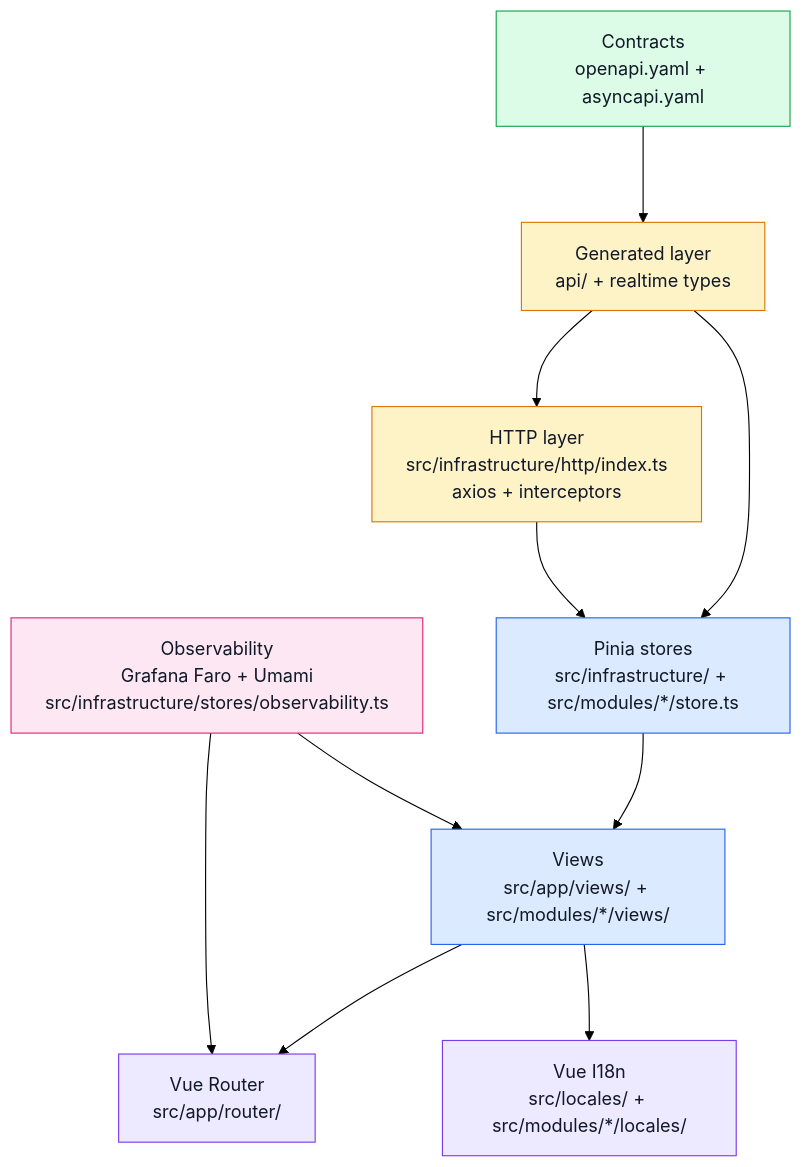
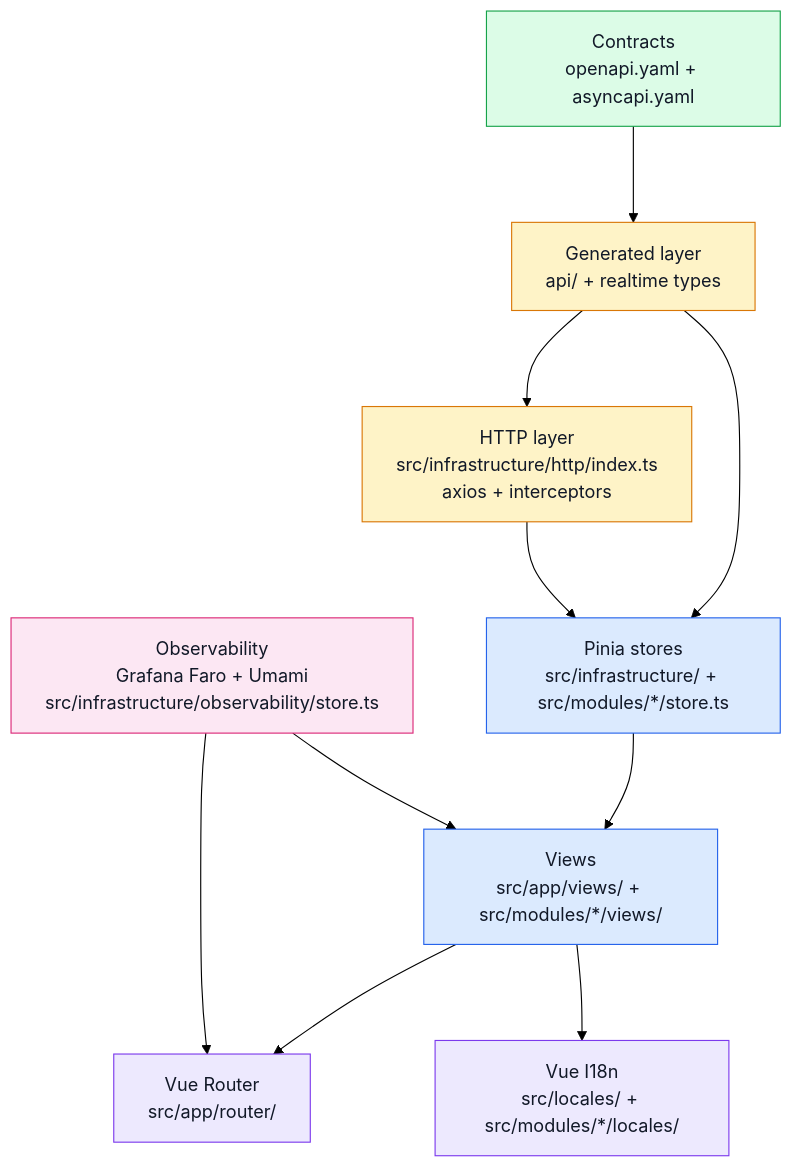
One commit to Guebbit/boilerplate-vue-frontend changed the diagram in docs/theory/architecture.md. Above: the diagram before and after it, drawn with Mermaid (forest theme). The commit also changed 67 other files, not shown here.

````diff
--- a/docs/theory/architecture.md
+++ b/docs/theory/architecture.md
@@ -8,28 +8,28 @@
 ```mermaid
 %%{init: {'flowchart': {'nodeSpacing': 65, 'rankSpacing': 85}}}%%
 flowchart TD
     Contract["Contracts\nopenapi.yaml + asyncapi.yaml"] --> Generated["Generated layer\napi/ + realtime types"]
     Generated --> Stores["Pinia stores\nsrc/infrastructure/ + src/modules/*/store.ts"]
     Stores --> Views["Views\nsrc/app/views/ + src/modules/*/views/"]
     Views --> Router["Vue Router\nsrc/app/router/"]
     Views --> I18N["Vue I18n\nsrc/locales/ + src/modules/*/locales/"]
 
     HTTP["HTTP layer\nsrc/infrastructure/http/index.ts\naxios + interceptors"] --> Stores
     Generated --> HTTP
 
-    Obs["Observability\nGrafana Faro + Umami\nsrc/infrastructure/stores/observability.ts"] --> Views
+    Obs["Observability\nGrafana Faro + Umami\nsrc/infrastructure/observability/store.ts"] --> Views
     Obs --> Router
 
 
     classDef contract fill:#dcfce7,stroke:#16a34a,color:#111827;
     classDef generated fill:#fef3c7,stroke:#d97706,color:#111827;
     classDef app fill:#dbeafe,stroke:#2563eb,color:#111827;
     classDef nav fill:#ede9fe,stroke:#7c3aed,color:#111827;
     classDef obs fill:#fce7f3,stroke:#db2777,color:#111827;
 
     class Contract contract;
     class Generated,HTTP generated;
     class Stores,Views app;
     class Router,I18N nav;
     class Obs obs;
 ```
````
